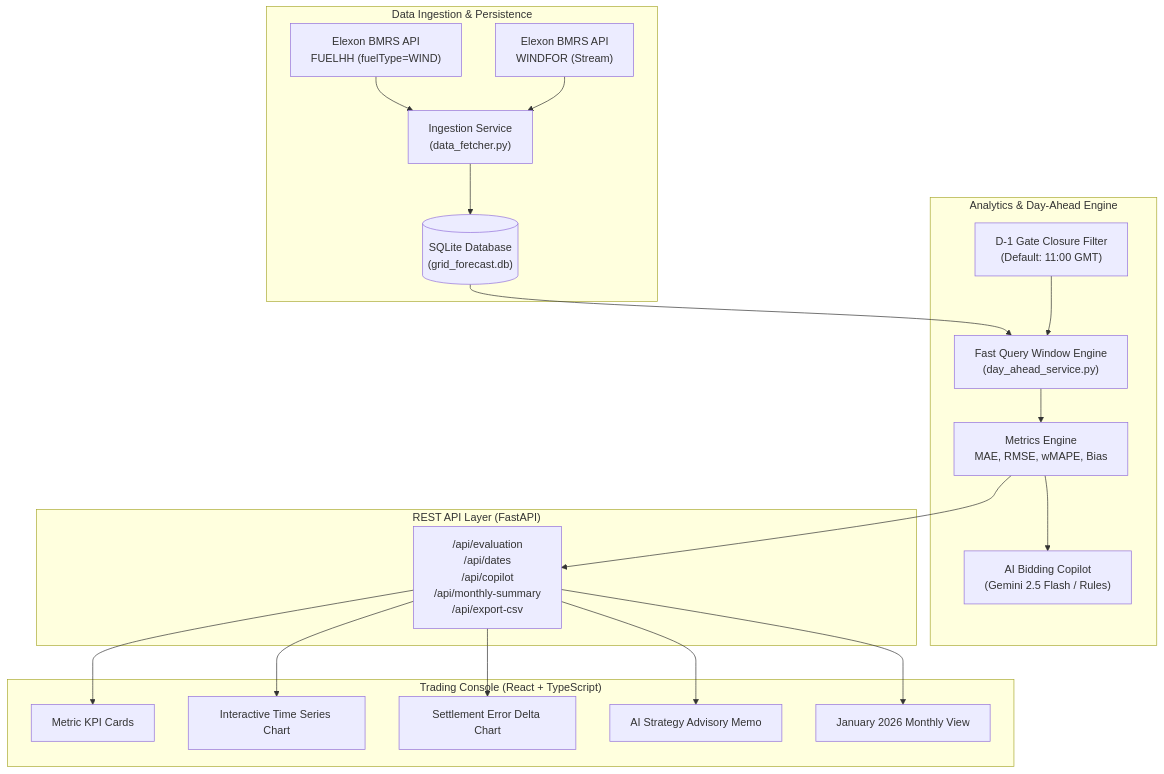
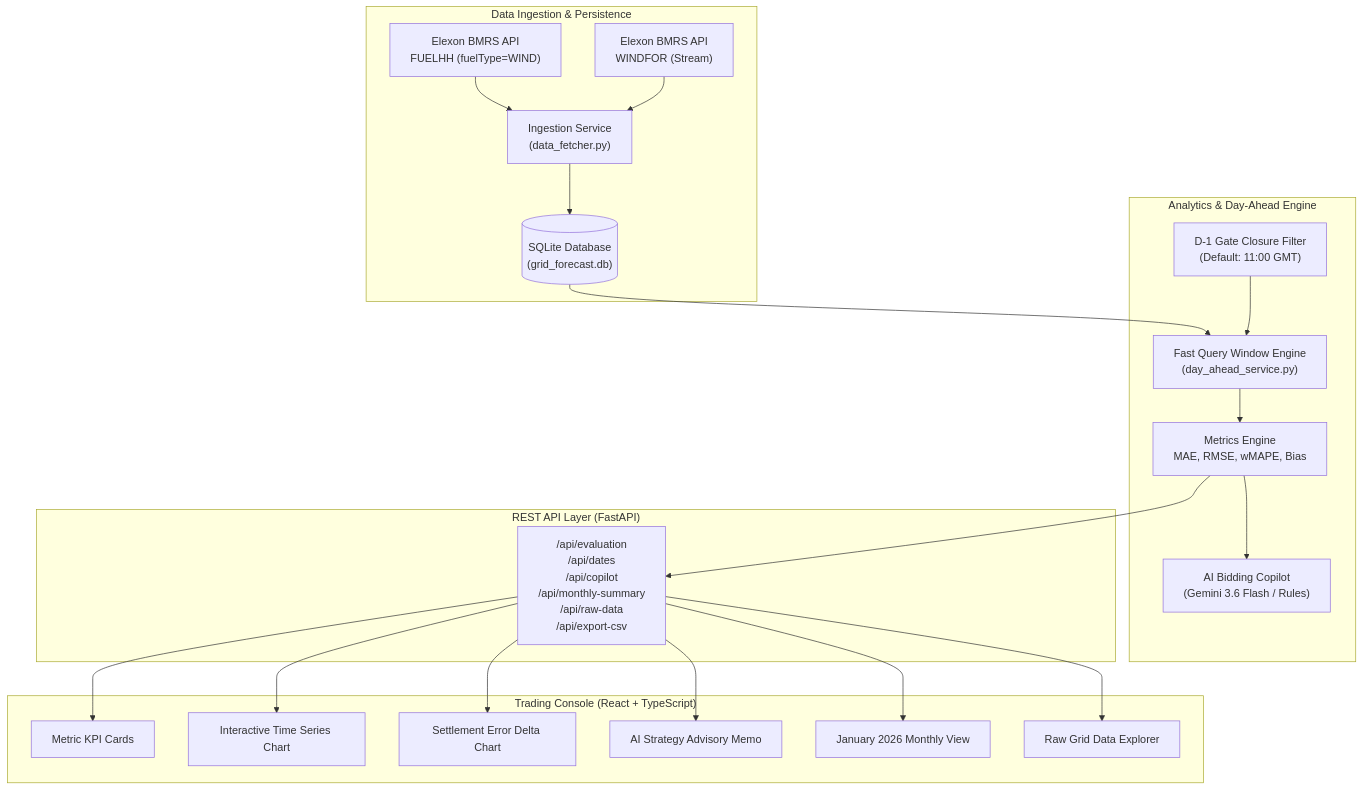
One commit to TALAVIYAJAY/grid-forecast changed the diagram in DOCUMENTATION.md. Above: the diagram before and after it, drawn with Mermaid. The commit also changed other lines of this file and 9 other files, not shown here.

Commit message:
feat: Add Raw Grid Data Explorer tab, /api/raw-data endpoint, and update DOCUMENTATION.md

````diff
--- a/DOCUMENTATION.md
+++ b/DOCUMENTATION.md
@@ -31,27 +31,28 @@
 ```mermaid
 flowchart TD
     subgraph Data Layer ["Data Ingestion & Persistence"]
         ELEXON_ACTUALS["Elexon BMRS API<br/>FUELHH (fuelType=WIND)"] --> FETCH["Ingestion Service<br/>(data_fetcher.py)"]
         ELEXON_FORECAST["Elexon BMRS API<br/>WINDFOR (Stream)"] --> FETCH
         FETCH --> SQLITE[("SQLite Database<br/>(grid_forecast.db)")]
     end
 
     subgraph Analytics ["Analytics & Day-Ahead Engine"]
         SQLITE --> QUERY["Fast Query Window Engine<br/>(day_ahead_service.py)"]
         CUTOFF["D-1 Gate Closure Filter<br/>(Default: 11:00 GMT)"] --> QUERY
         QUERY --> METRICS["Metrics Engine<br/>MAE, RMSE, wMAPE, Bias"]
-        METRICS --> COPILOT["AI Bidding Copilot<br/>(Gemini 2.5 Flash / Rules)"]
+        METRICS --> COPILOT["AI Bidding Copilot<br/>(Gemini 3.6 Flash / Rules)"]
     end
 
     subgraph API ["REST API Layer (FastAPI)"]
-        METRICS --> ENDPOINTS["/api/evaluation<br/>/api/dates<br/>/api/copilot<br/>/api/monthly-summary<br/>/api/export-csv"]
+        METRICS --> ENDPOINTS["/api/evaluation<br/>/api/dates<br/>/api/copilot<br/>/api/monthly-summary<br/>/api/raw-data<br/>/api/export-csv"]
     end
 
     subgraph Frontend ["Trading Console (React + TypeScript)"]
         ENDPOINTS --> UI_CARDS["Metric KPI Cards"]
         ENDPOINTS --> UI_CHART["Interactive Time Series Chart"]
         ENDPOINTS --> UI_ERROR["Settlement Error Delta Chart"]
         ENDPOINTS --> UI_COPILOT["AI Strategy Advisory Memo"]
         ENDPOINTS --> UI_BENCHMARK["January 2026 Monthly View"]
+        ENDPOINTS --> UI_RAW["Raw Grid Data Explorer"]
     end
 ```
````
